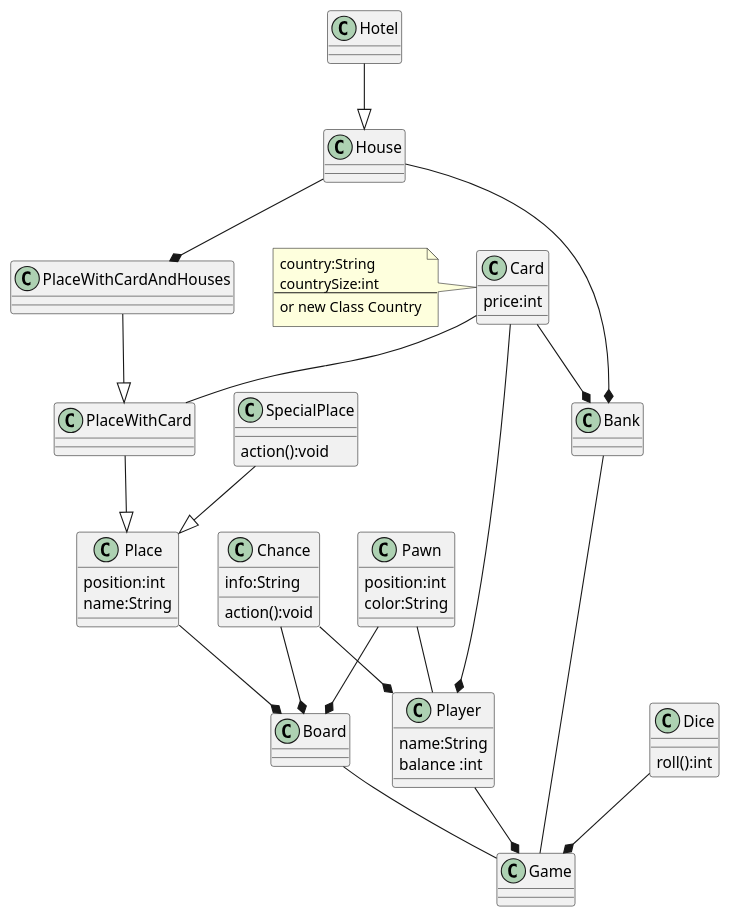
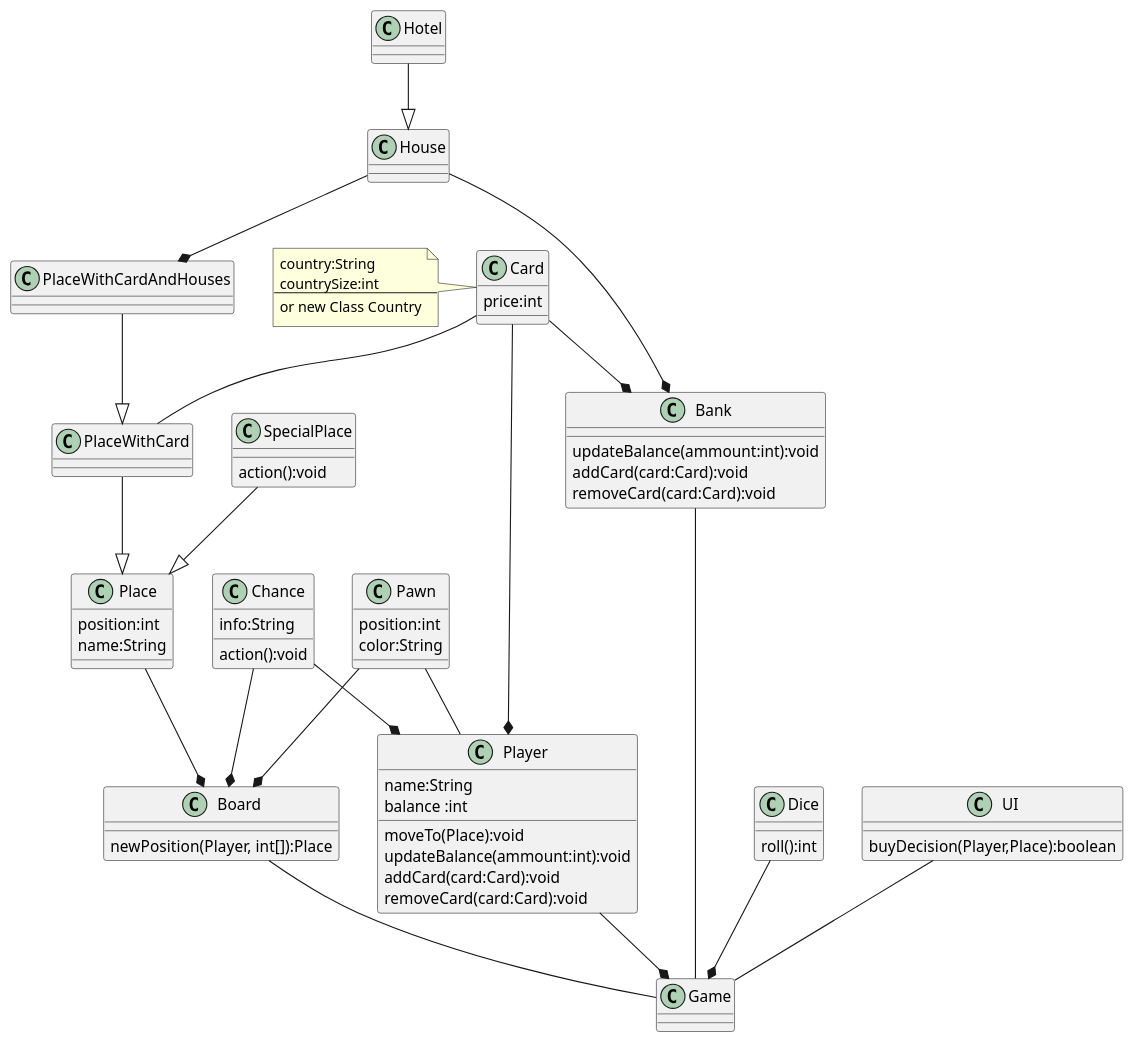
Before and after one commit to kpodlaski/ProjObj2019: the diagram in zaoczne/gr2/monopoly/class_diagram.plantuml, drawn with PlantUML. The commit also changed 1 other file, not shown here.

```diff
--- a/zaoczne/gr2/monopoly/class_diagram.plantuml
+++ b/zaoczne/gr2/monopoly/class_diagram.plantuml
@@ -1,62 +1,76 @@
 @startuml
 
 class Game{}
 class Player{
     name:String
     balance :int
+    moveTo(Place):void
+    updateBalance(ammount:int):void
+    addCard(card:Card):void
+    removeCard(card:Card):void
 }
-class Bank{}
-class Board{}
+class Bank{
+    updateBalance(ammount:int):void
+    addCard(card:Card):void
+    removeCard(card:Card):void
+}
+class Board{
+    newPosition(Player, int[]):Place
+}
 class Place{
     position:int
     name:String
 }
 class Pawn{
     position:int
     color:String
 }
 class Dice{
     roll():int
 }
 class Card{
     price:int
 }
 note left    
     country:String
     countrySize:int
     ---
     or new Class Country
 end note
 class Chance{
     info:String
     action():void
 }
 class House{}
 class Hotel{}
 class PlaceWithCard{}
 class PlaceWithCardAndHouses{}
 class SpecialPlace{
     action():void
 }
 
+class UI{
+    buyDecision(Player,Place):boolean
+}
 
 Player --* Game
 Pawn -- Player
 Pawn --* Board
 Dice --* Game
 Bank -- Game
 Board -- Game
+UI -- Game
 Place --* Board
 Card -- PlaceWithCard
 Chance --* Board
 Card --* Player
 Card --* Bank
 Chance --* Player 
 House --* Bank
 House --* PlaceWithCardAndHouses
 Hotel --|> House
 PlaceWithCard --|> Place
 PlaceWithCardAndHouses --|> PlaceWithCard
 SpecialPlace --|>Place
 
 @enduml
```
